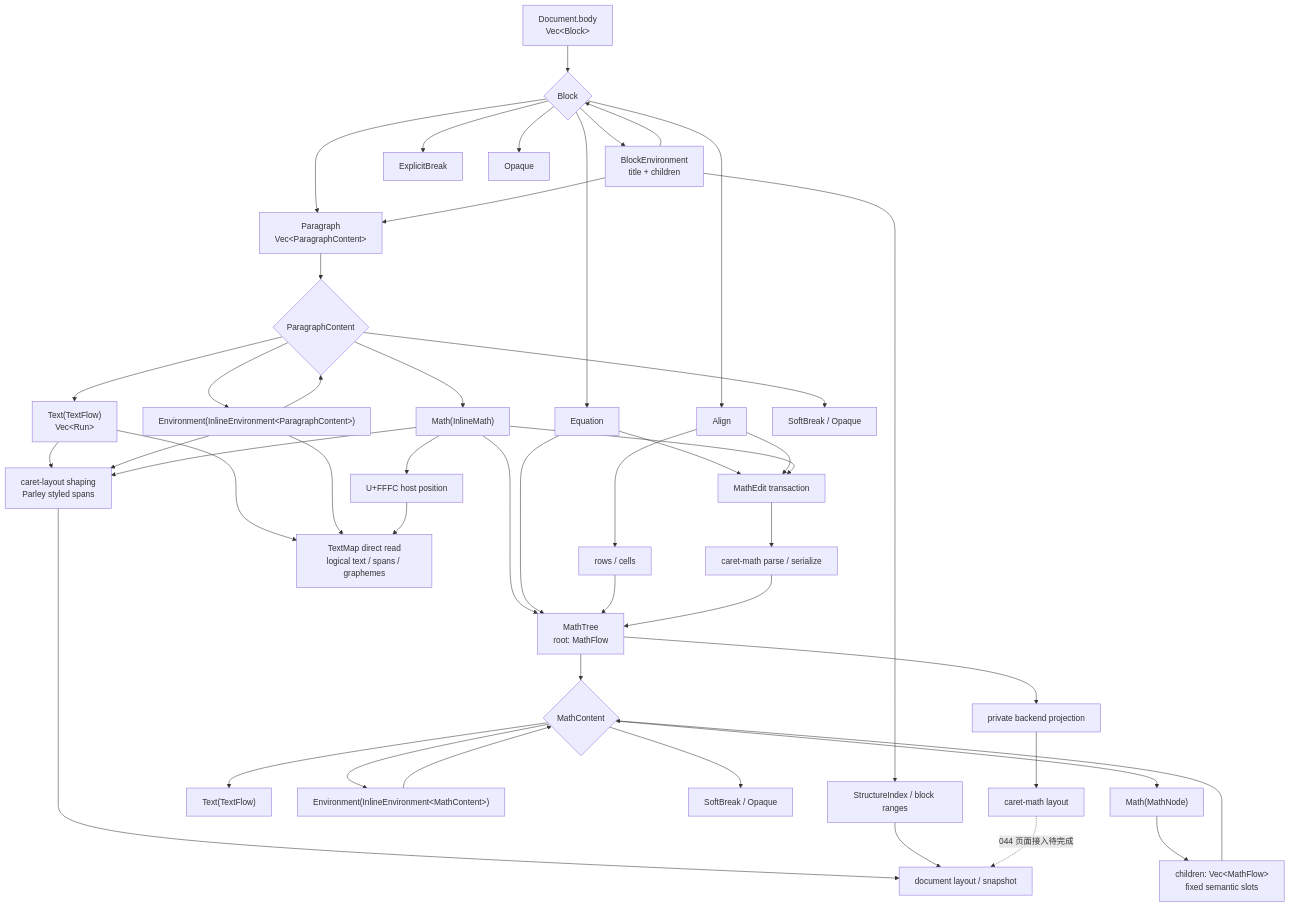
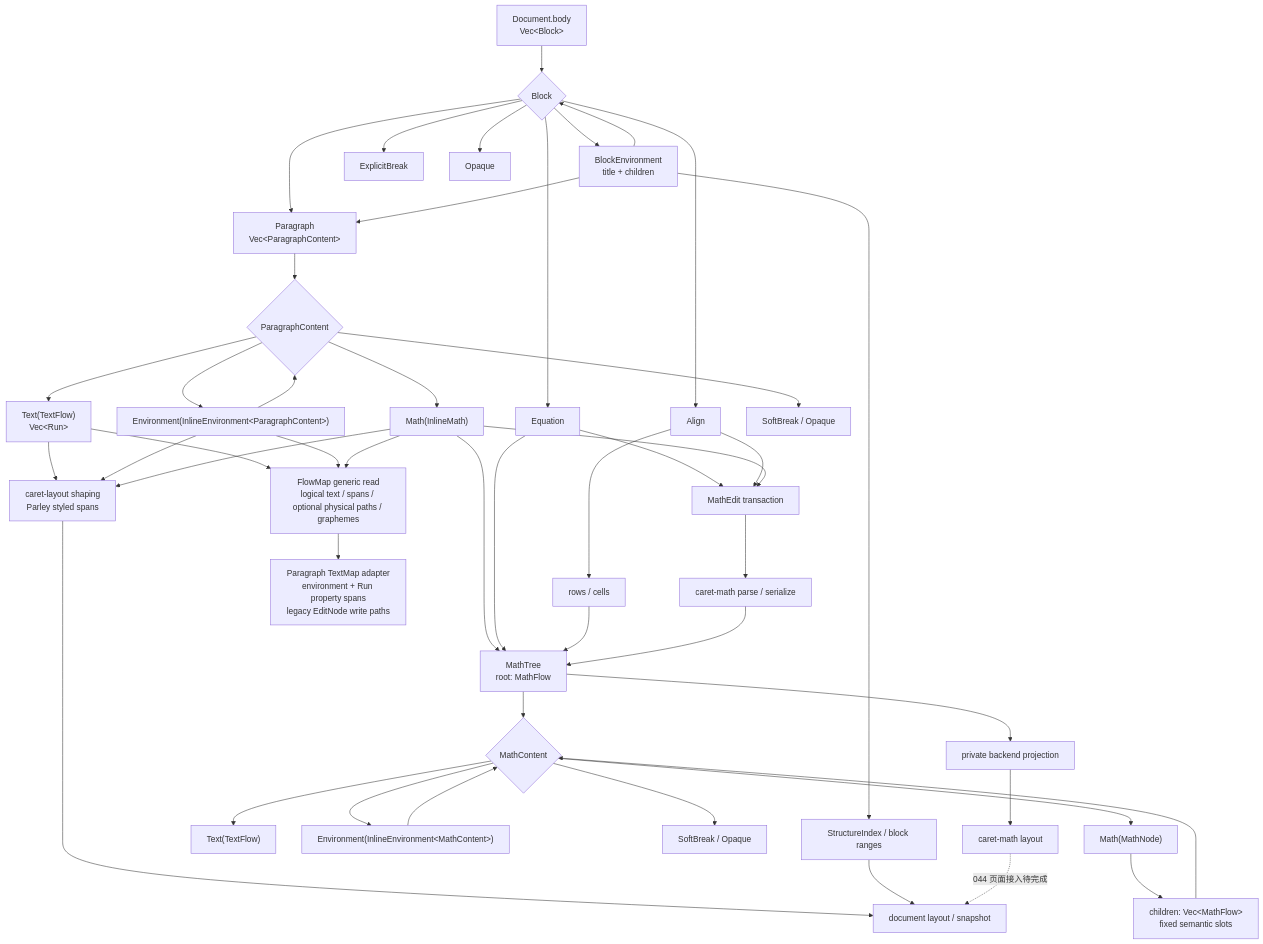
The diagram in ai-docs/architecture/editor/document-model/content-code-path.md (VibeSTEM/caret), drawn with Mermaid before and after one commit. The commit also changed other lines of this file and 50 other files, not shown here.

````diff
--- a/ai-docs/architecture/editor/document-model/content-code-path.md
+++ b/ai-docs/architecture/editor/document-model/content-code-path.md
@@ -7,51 +7,51 @@
 ```mermaid
 flowchart TB
     DOC["Document.body<br/>Vec&lt;Block&gt;"] --> BLOCK{"Block"}
     BLOCK --> PARA["Paragraph<br/>Vec&lt;ParagraphContent&gt;"]
     BLOCK --> BEN["BlockEnvironment<br/>title + children"]
     BLOCK --> EQ["Equation"]
     BLOCK --> ALIGN["Align"]
     BLOCK --> BREAK["ExplicitBreak"]
     BLOCK --> OPAQUE["Opaque"]
     BEN --> PARA
     BEN --> BLOCK
 
     PARA --> PC{"ParagraphContent"}
     PC --> TF["Text(TextFlow)<br/>Vec&lt;Run&gt;"]
     PC --> IM["Math(InlineMath)"]
     PC --> IE["Environment(InlineEnvironment&lt;ParagraphContent&gt;)"]
     PC --> SB["SoftBreak / Opaque"]
     IE --> PC
 
     IM --> MT["MathTree<br/>root: MathFlow"]
     EQ --> MT
     ALIGN --> AL["rows / cells"]
     AL --> MT
     MT --> MC{"MathContent"}
     MC --> MN["Math(MathNode)"]
     MC --> MTF["Text(TextFlow)"]
     MC --> MIE["Environment(InlineEnvironment&lt;MathContent&gt;)"]
     MC --> MSB["SoftBreak / Opaque"]
     MN --> SLOTS["children: Vec&lt;MathFlow&gt;<br/>fixed semantic slots"]
     SLOTS --> MC
     MIE --> MC
 
-    TF --> TEXTMAP["TextMap direct read<br/>logical text / spans / graphemes"]
-    IE --> TEXTMAP
-    IM --> ATOMIC["U+FFFC host position"]
-    ATOMIC --> TEXTMAP
+    TF --> FLOWMAP["FlowMap generic read<br/>logical text / spans / optional physical paths / graphemes"]
+    IE --> FLOWMAP
+    IM --> FLOWMAP
+    FLOWMAP --> TEXTMAP["Paragraph TextMap adapter<br/>environment + Run property spans<br/>legacy EditNode write paths"]
     TF --> SHAPING["caret-layout shaping<br/>Parley styled spans"]
     IE --> SHAPING
     IM --> SHAPING
     SHAPING --> PAGE["document layout / snapshot"]
     BEN --> STRUCT["StructureIndex / block ranges"]
     STRUCT --> PAGE
     EQ --> MATHEDIT["MathEdit transaction"]
     ALIGN --> MATHEDIT
     IM --> MATHEDIT
     MATHEDIT --> PARSER["caret-math parse / serialize"]
     PARSER --> MT
     MT --> BACKEND["private backend projection"]
     BACKEND --> ML["caret-math layout"]
     ML -. "044 页面接入待完成" .-> PAGE
 ```
````
